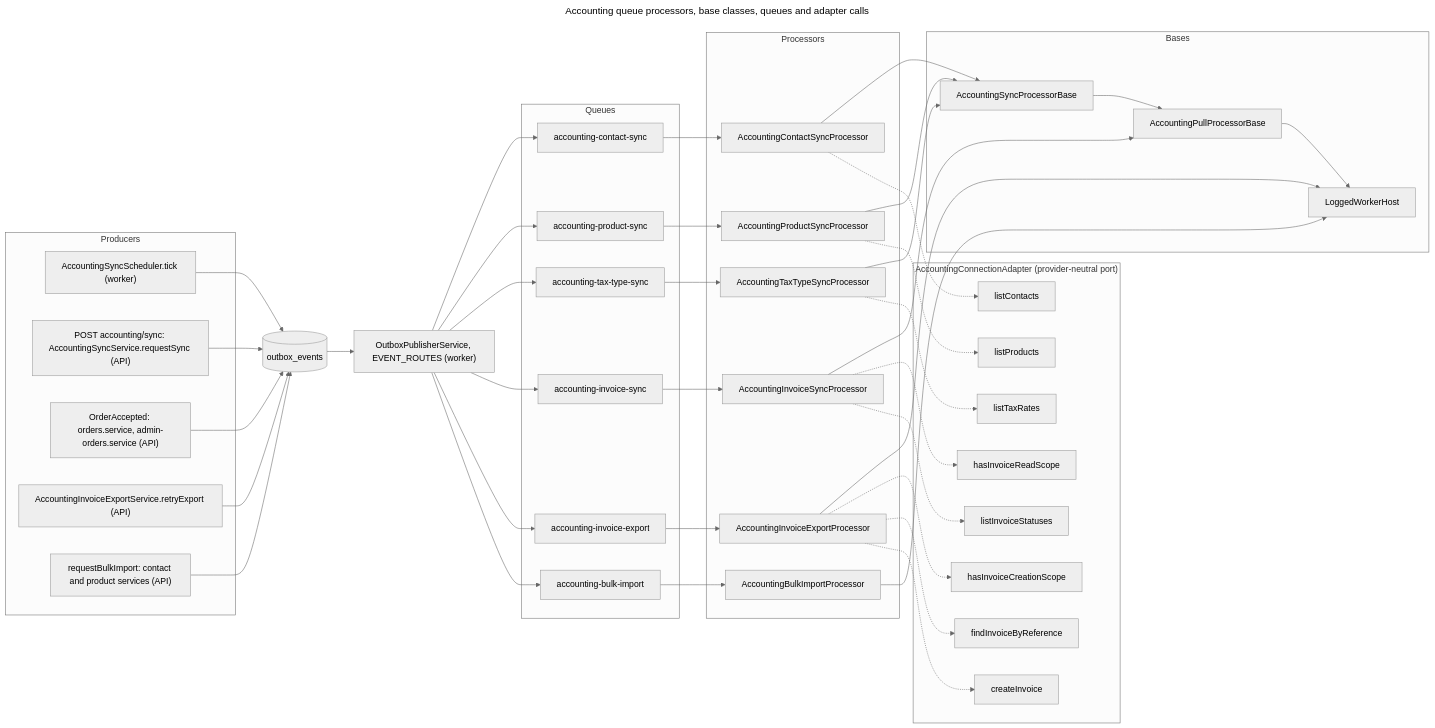
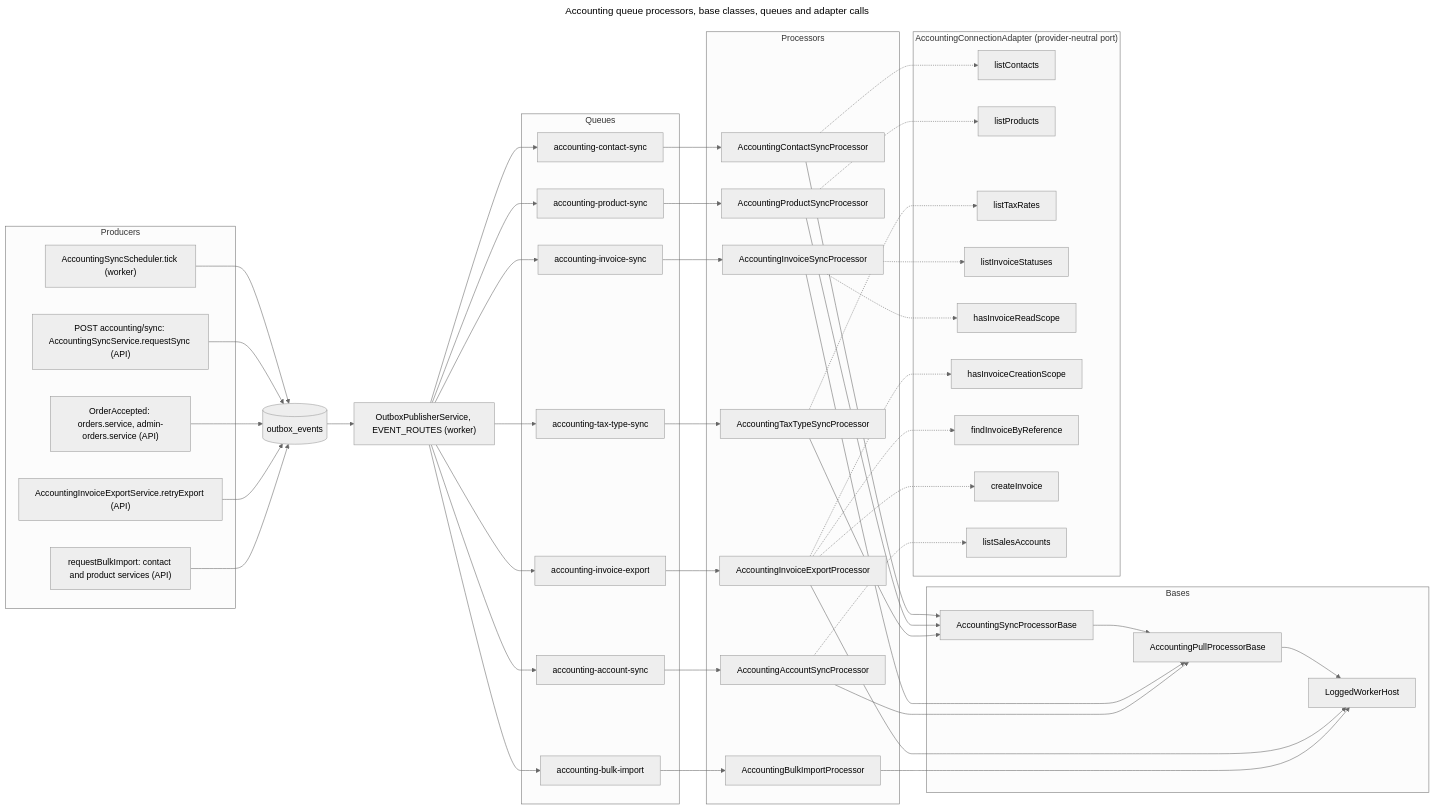
One commit to listentorick/wholo changed the diagram in docs/architecture/code/c4-code-accounting-processors.md. Above: the diagram before and after it, drawn with Mermaid (neutral theme). The commit also changed other lines of this file and 47 other files, not shown here.

First line of the commit message:
feat(accounting): default sales account for exported invoices (ADR-079)

````diff
--- a/docs/architecture/code/c4-code-accounting-processors.md
+++ b/docs/architecture/code/c4-code-accounting-processors.md
@@ -61,6 +63,7 @@
         PP["AccountingProductSyncProcessor"]
         TP["AccountingTaxTypeSyncProcessor"]
         IP["AccountingInvoiceSyncProcessor"]
+        AP["AccountingAccountSyncProcessor"]
         EP["AccountingInvoiceExportProcessor"]
         BP["AccountingBulkImportProcessor"]
     end
@@ -70,6 +73,7 @@
         QP["accounting-product-sync"]
         QT["accounting-tax-type-sync"]
         QI["accounting-invoice-sync"]
+        QA["accounting-account-sync"]
         QE["accounting-invoice-export"]
         QB["accounting-bulk-import"]
     end
@@ -83,6 +87,7 @@
         A6["hasInvoiceCreationScope"]
         A7["findInvoiceByReference"]
         A8["createInvoice"]
+        A9["listSalesAccounts"]
     end
 
     SCH --> OBX
@@ -97,6 +102,7 @@
     RELAY --> QI
     RELAY --> QE
     RELAY --> QB
+    RELAY --> QA
 
     QC --> CP
     QP --> PP
@@ -104,12 +110,14 @@
     QI --> IP
     QE --> EP
     QB --> BP
+    QA --> AP
 
     CP --> SB
     PP --> SB
     TP --> SB
     SB --> PB
     IP --> PB
+    AP --> PB
     PB --> LWH
     EP --> LWH
     BP --> LWH
@@ -122,4 +130,5 @@
     EP -.-> A6
     EP -.-> A7
     EP -.-> A8
+    AP -.-> A9
 ```
````
